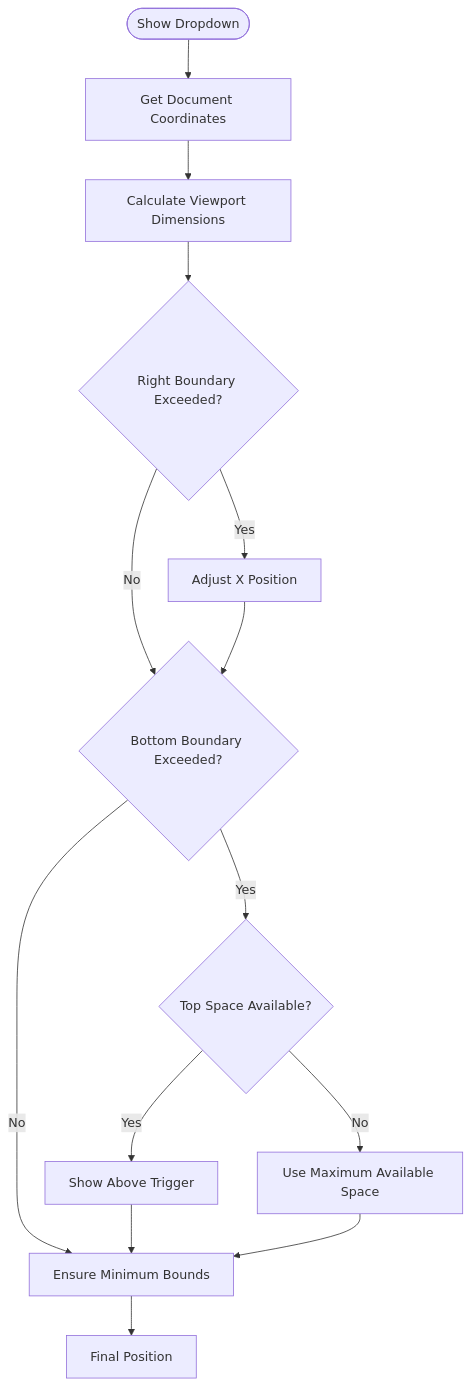
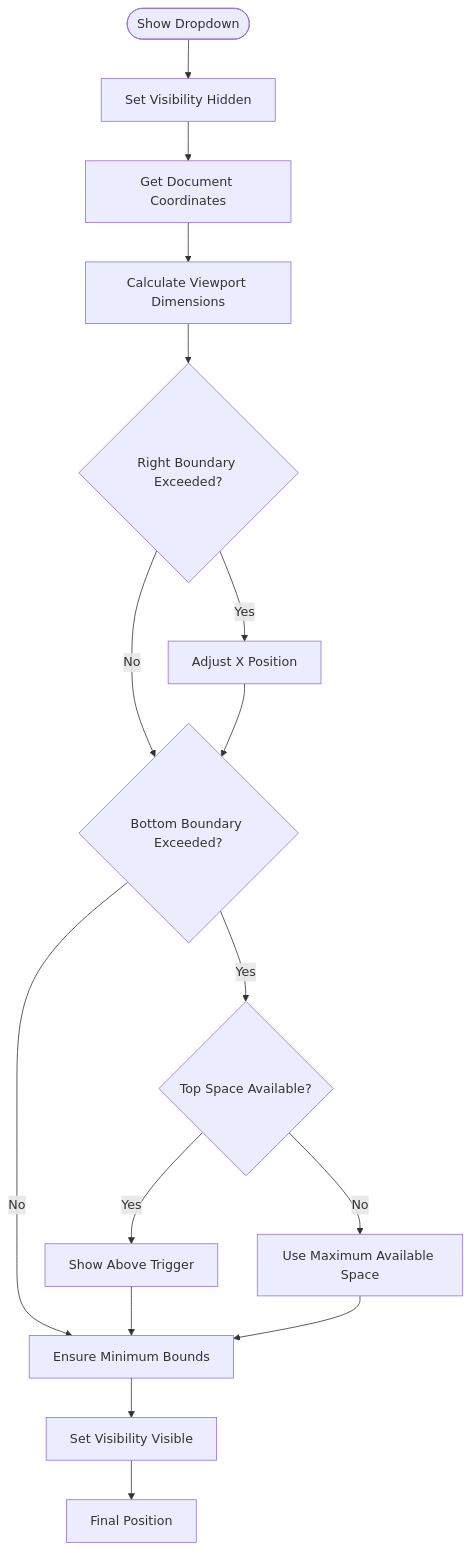
The fifth of 9 diagrams in .qoder/repowiki/en/content/Basic Features/Filter System.md (ja-plus/stk-table-vue), drawn with Mermaid before and after one commit. The commit also changed other lines of this file and 2 other files, not shown here.

````diff
--- a/.qoder/repowiki/en/content/Basic Features/Filter System.md
+++ b/.qoder/repowiki/en/content/Basic Features/Filter System.md
@@ -201,16 +203,18 @@
 ```mermaid
 flowchart TD
-Start([Show Dropdown]) --> GetDocPos["Get Document Coordinates"]
+Start([Show Dropdown]) --> HideTemp["Set Visibility Hidden"]
+HideTemp --> GetDocPos["Get Document Coordinates"]
 GetDocPos --> CalcViewport["Calculate Viewport Dimensions"]
 CalcViewport --> CheckRightBound{"Right Boundary Exceeded?"}
 CheckRightBound --> |Yes| AdjustRight["Adjust X Position"]
 CheckRightBound --> |No| CheckBottomBound{"Bottom Boundary Exceeded?"}
 AdjustRight --> CheckBottomBound
 CheckBottomBound --> |Yes| CheckTopSpace{"Top Space Available?"}
 CheckBottomBound --> |No| EnsureBounds["Ensure Minimum Bounds"]
 CheckTopSpace --> |Yes| ShowAbove["Show Above Trigger"]
 CheckTopSpace --> |No| UseMaxSpace["Use Maximum Available Space"]
 ShowAbove --> EnsureBounds
 UseMaxSpace --> EnsureBounds
-EnsureBounds --> FinalPos["Final Position"]
+EnsureBounds --> ShowVisible["Set Visibility Visible"]
+ShowVisible --> FinalPos["Final Position"]
 ```
````
